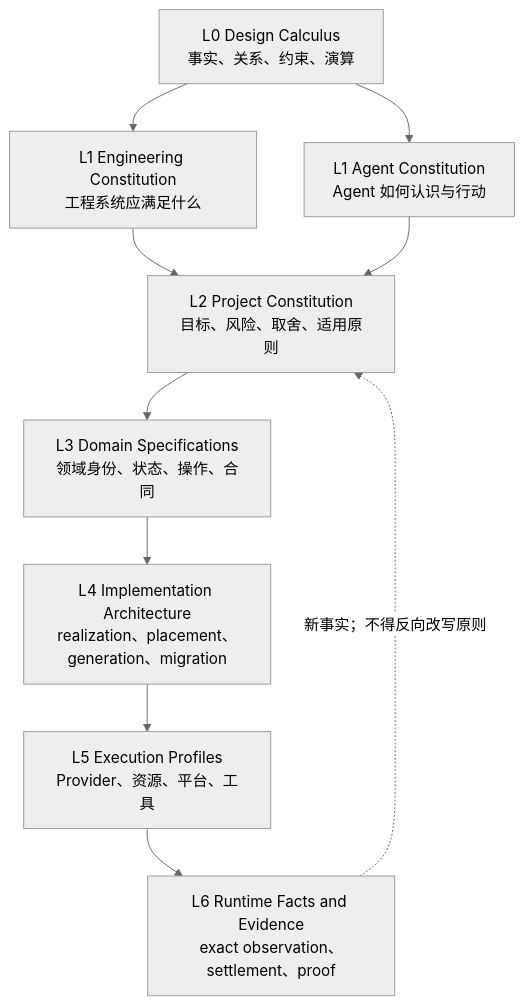
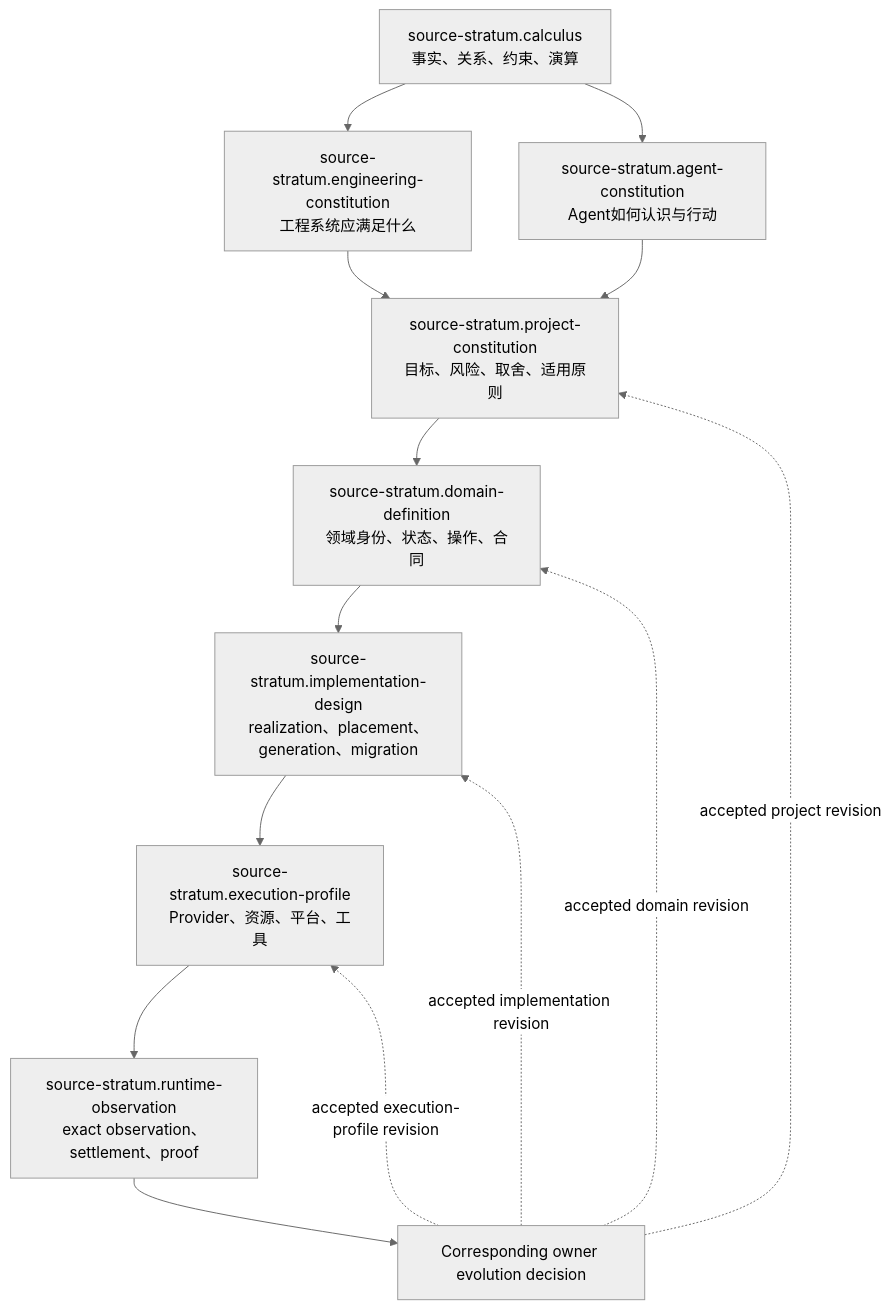
Before and after one commit to sec-platform/sec: the first of 4 diagrams in docs/design-calculus.md, drawn with Mermaid (neutral theme). The commit also changed other lines of this file and 14 other files, not shown here.

Commit message:
docs: close semantic architecture design

````diff
--- a/docs/design-calculus.md
+++ b/docs/design-calculus.md
@@ -13,20 +13,24 @@
 ```mermaid
 flowchart TB
-  L0["L0 Design Calculus<br/>事实、关系、约束、演算"]
-  L1E["L1 Engineering Constitution<br/>工程系统应满足什么"]
-  L1A["L1 Agent Constitution<br/>Agent 如何认识与行动"]
-  L2["L2 Project Constitution<br/>目标、风险、取舍、适用原则"]
-  L3["L3 Domain Specifications<br/>领域身份、状态、操作、合同"]
-  L4["L4 Implementation Architecture<br/>realization、placement、generation、migration"]
-  L5["L5 Execution Profiles<br/>Provider、资源、平台、工具"]
-  L6["L6 Runtime Facts and Evidence<br/>exact observation、settlement、proof"]
-  L0 --> L1E
-  L0 --> L1A
-  L1E --> L2
-  L1A --> L2
-  L2 --> L3
-  L3 --> L4
-  L4 --> L5
-  L5 --> L6
-  L6 -. "新事实；不得反向改写原则" .-> L2
+  CALC["source-stratum.calculus<br/>事实、关系、约束、演算"]
+  ENG["source-stratum.engineering-constitution<br/>工程系统应满足什么"]
+  AGENT["source-stratum.agent-constitution<br/>Agent如何认识与行动"]
+  PROJECT["source-stratum.project-constitution<br/>目标、风险、取舍、适用原则"]
+  DOMAIN["source-stratum.domain-definition<br/>领域身份、状态、操作、合同"]
+  IMPL["source-stratum.implementation-design<br/>realization、placement、generation、migration"]
+  EXEC["source-stratum.execution-profile<br/>Provider、资源、平台、工具"]
+  RUNTIME["source-stratum.runtime-observation<br/>exact observation、settlement、proof"]
+  CALC --> ENG
+  CALC --> AGENT
+  ENG --> PROJECT
+  AGENT --> PROJECT
+  PROJECT --> DOMAIN
+  DOMAIN --> IMPL
+  IMPL --> EXEC
+  EXEC --> RUNTIME
+  RUNTIME --> REVISE[Corresponding owner evolution decision]
+  REVISE -. "accepted project revision" .-> PROJECT
+  REVISE -. "accepted domain revision" .-> DOMAIN
+  REVISE -. "accepted implementation revision" .-> IMPL
+  REVISE -. "accepted execution-profile revision" .-> EXEC
 ```
````
